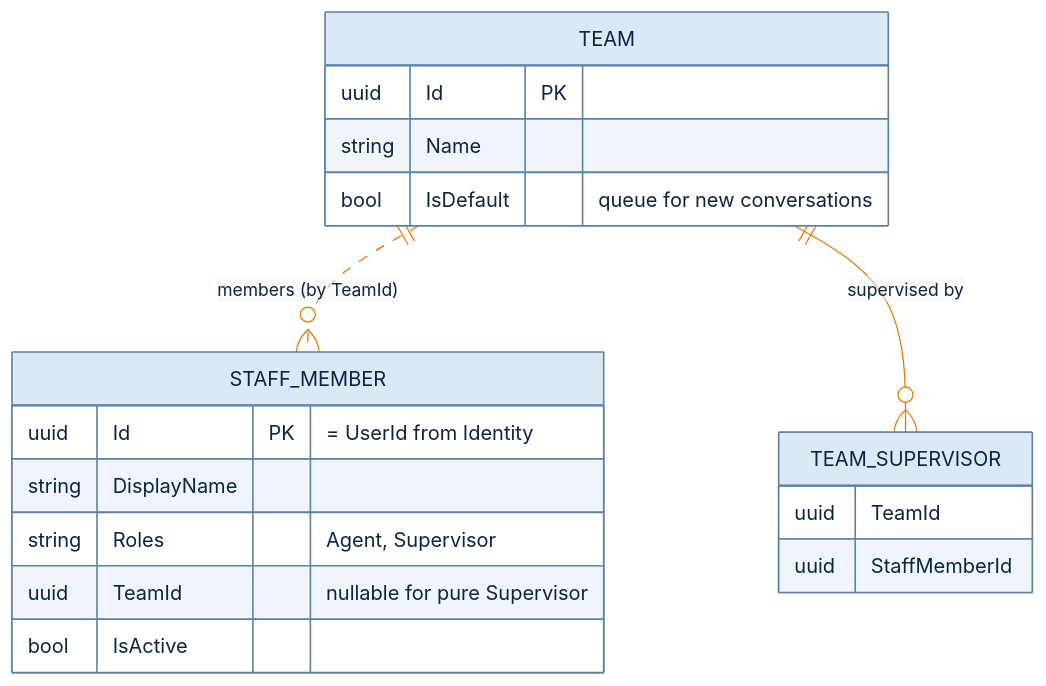
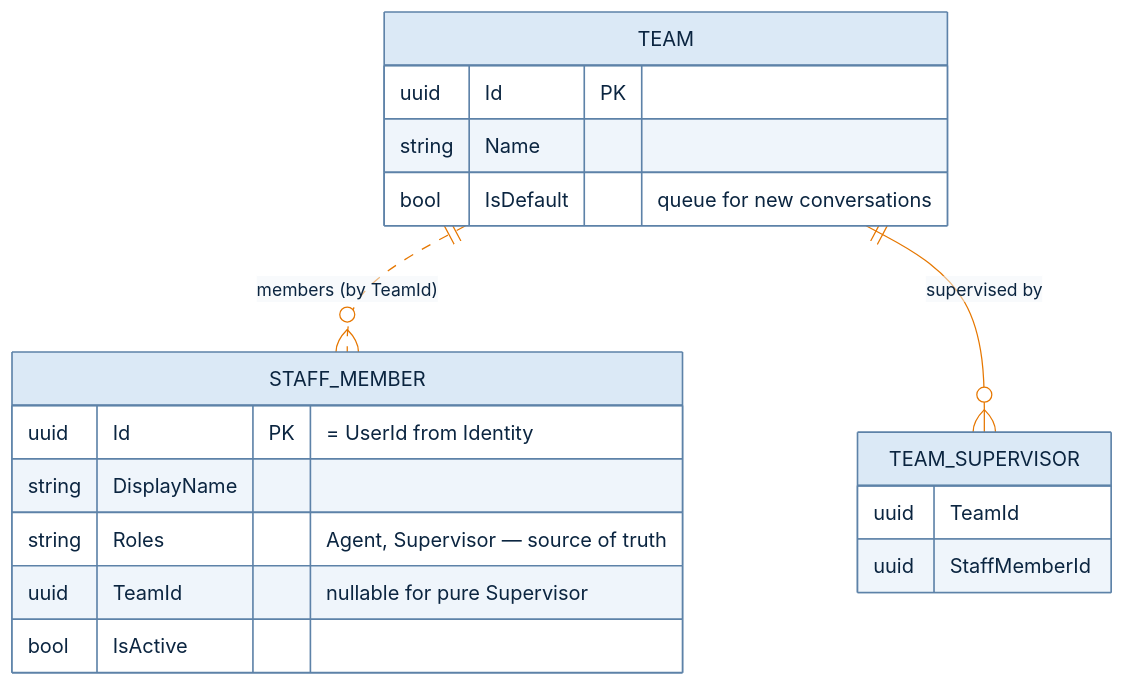
Before and after one commit to iarel/SupportFlow: the fourth of 9 diagrams in docs/domain-model.md, drawn with Mermaid. The commit also changed other lines of this file and 15 other files, not shown here.

````diff
--- a/docs/domain-model.md
+++ b/docs/domain-model.md
@@ -338,23 +342,23 @@
 ```mermaid
 %%{init: {"theme":"base","themeVariables":{"primaryColor":"#dbe9f6","primaryTextColor":"#0b2540","primaryBorderColor":"#5d82a8","lineColor":"#e67700","secondaryColor":"#dbe9f6","tertiaryColor":"#f1f5fa","clusterBkg":"#f1f5fa","clusterBorder":"#5d82a8","titleColor":"#0b4884","edgeLabelBackground":"#fff4e6","textColor":"#e67700","actorBkg":"#438dd5","actorTextColor":"#ffffff","actorBorder":"#2e6295","actorLineColor":"#e67700","signalColor":"#e67700","signalTextColor":"#e67700","labelBoxBkgColor":"#dbe9f6","labelBoxBorderColor":"#5d82a8","labelTextColor":"#0b2540","loopTextColor":"#e67700","noteBkgColor":"#fff4e6","noteTextColor":"#0b2540","noteBorderColor":"#e67700","activationBkgColor":"#dbe9f6","attributeBackgroundColorOdd":"#ffffff","attributeBackgroundColorEven":"#f1f5fa"}}}%%
 erDiagram
     TEAM ||..o{ STAFF_MEMBER : "members (by TeamId)"
     TEAM ||--o{ TEAM_SUPERVISOR : "supervised by"
 
     TEAM {
         uuid Id PK
         string Name
         bool IsDefault "queue for new conversations"
     }
     TEAM_SUPERVISOR {
         uuid TeamId
         uuid StaffMemberId
     }
     STAFF_MEMBER {
         uuid Id PK "= UserId from Identity"
         string DisplayName
-        string Roles "Agent, Supervisor"
+        string Roles "Agent, Supervisor — source of truth"
         uuid TeamId "nullable for pure Supervisor"
         bool IsActive
     }
 ```
````
